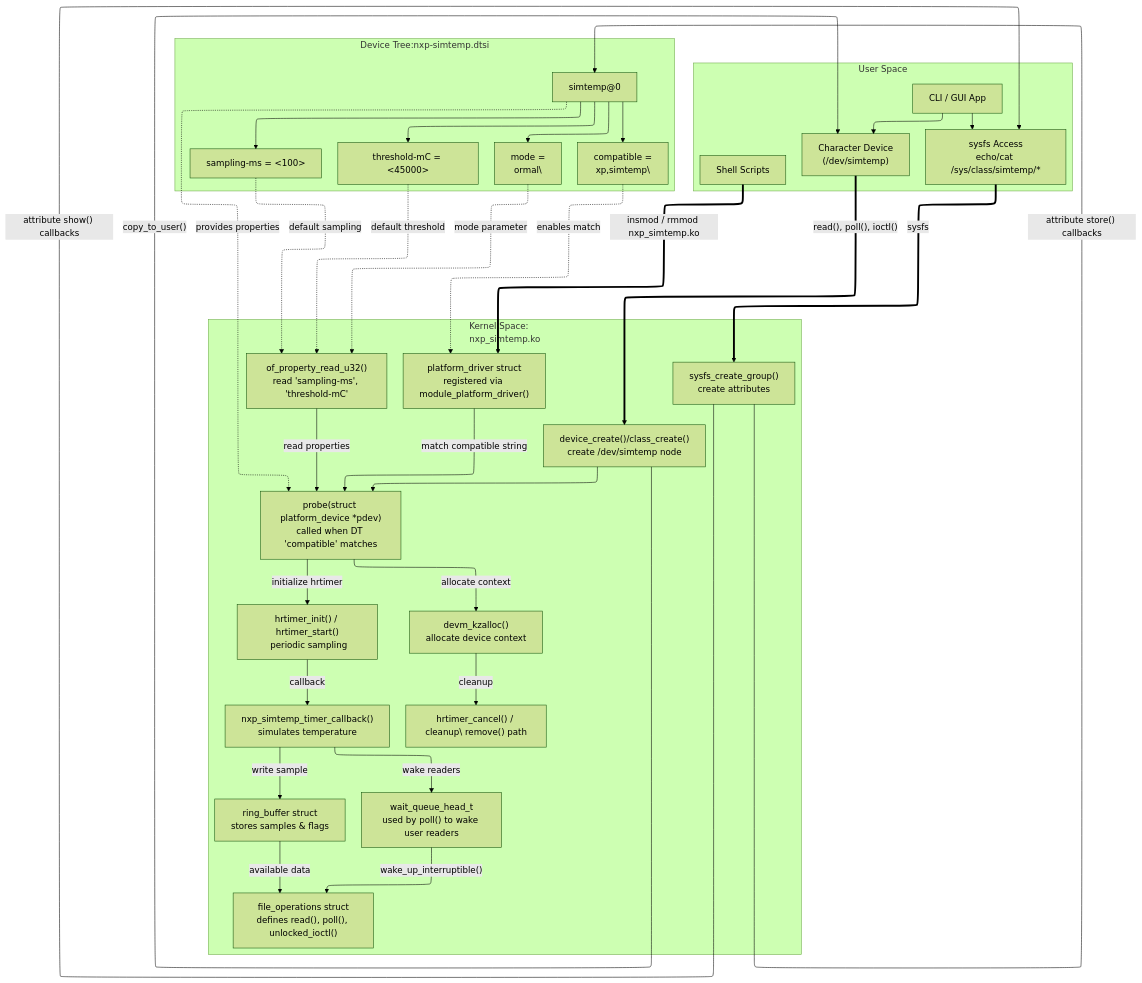
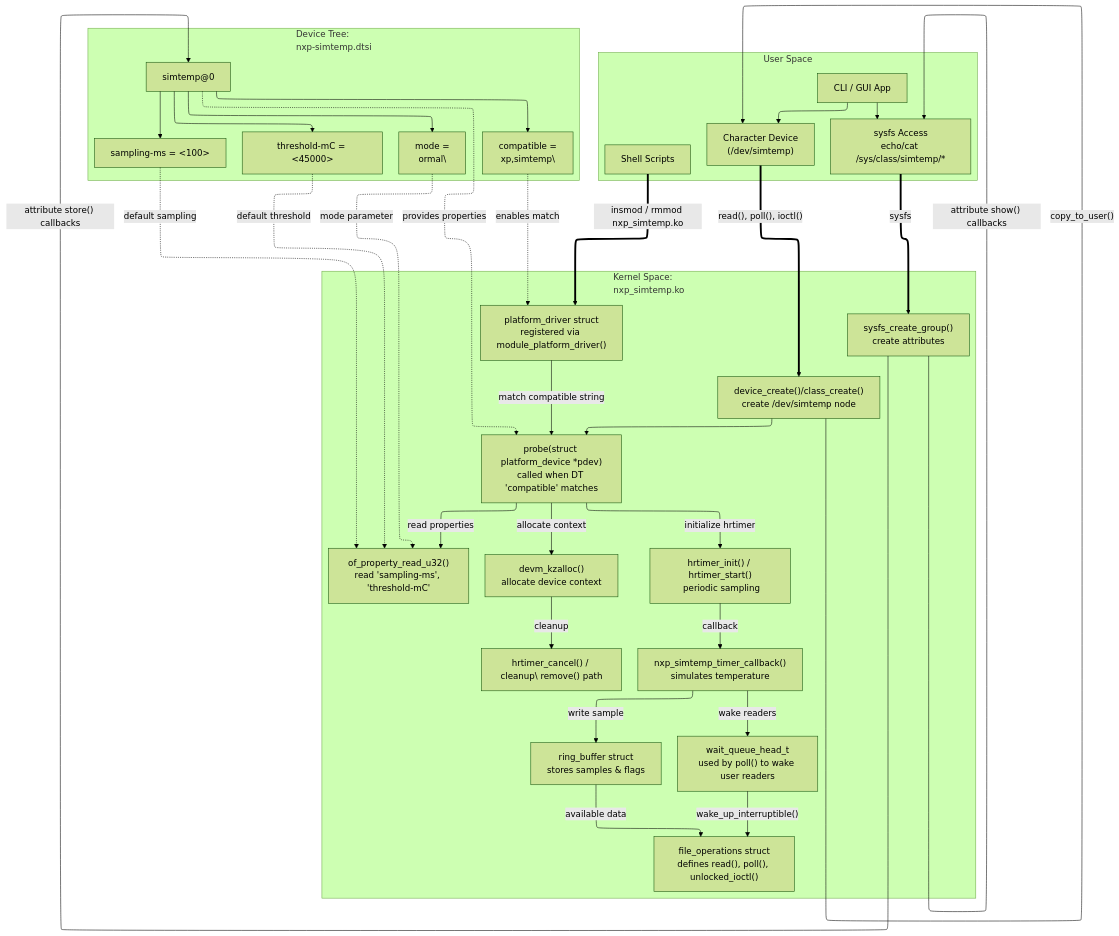
Before and after one commit to luishg0111/simtemp: the second of 2 diagrams in docs/DESIGN.md, drawn with Mermaid (forest theme).

Commit message:
Updated arch detailed design

````diff
--- a/docs/DESIGN.md
+++ b/docs/DESIGN.md
@@ -29,60 +29,60 @@
 ```mermaid
 ---
 config:
   layout: elk
 ---
 flowchart TB
  subgraph US["User Space"]
         U1["CLI / GUI App"]
         U2["Shell Scripts"]
         U3["sysfs Access<br>echo/cat /sys/class/simtemp/*"]
         U4["Character Device<br>(/dev/simtemp)<br>"]
   end
  subgraph KS["Kernel Space:<br>nxp_simtemp.ko"]
         K1["platform_driver struct<br>registered via module_platform_driver()"]
-        K2["probe(struct platform_device *pdev)<br>called when DT 'compatible' matches" ]
-        K3["of_property_read_u32()<br>read 'sampling-ms', 'threshold-mC'" ]
+        K2["probe(struct platform_device *pdev)<br>called when DT 'compatible' matches"]
+        K3["of_property_read_u32()<br>read 'sampling-ms', 'threshold-mC'"]
         K4["devm_kzalloc()<br>allocate device context"]
         K5["hrtimer_init() / hrtimer_start()\n periodic sampling"]
         K6["nxp_simtemp_timer_callback()<br>simulates temperature"]
         K7["ring_buffer struct<br>stores samples &amp; flags"]
         K8["wait_queue_head_t<br>used by poll() to wake user readers"]
         K9["sysfs_create_group() <br>create attributes"]
         K10["device_create()/class_create()<br>create /dev/simtemp node"]
         K11["file_operations struct<br>defines read(), poll(), unlocked_ioctl()"]
         K13["hrtimer_cancel() / cleanup\ remove() path"]
   end
- subgraph DT["Device Tree:nxp-simtemp.dtsi"]
+ subgraph DT["Device Tree:</br>nxp-simtemp.dtsi"]
         D1["simtemp@0"]
         D2["compatible = \nxp,simtemp\"]
         D3["sampling-ms = &lt;100&gt;"]
         D4["threshold-mC = &lt;45000&gt;"]
         D5["mode = \normal\"]
   end
     U1 --> U4 & U3
     U4 == "<span style=background-color:>read(), poll(), ioctl()</span>" ==> K10
     U3 == sysfs ==> K9
     U2 == "insmod / rmmod nxp_simtemp.ko" ==> K1
     K1 -- match compatible string --> K2
-    K3 -- read properties --> K2
+    K2 -- read properties --> K3
     K2 -- allocate context --> K4
     K2 -- initialize hrtimer --> K5
     K5 -- callback --> K6
     K6 -- write sample --> K7
     K6 -- wake readers --> K8
     K7 -- available data --> K11
     K8 -- wake_up_interruptible() --> K11
     K10 -- copy_to_user() --> U4
     K9 -- attribute store() callbacks --> D1
     K9 -- attribute show() callbacks --> U3
     K4 -- cleanup --> K13
     D1 -. provides properties .-> K2
     D2 -. enables match .-> K1
     D3 -. default sampling .-> K3
     D4 -. default threshold .-> K3
     D5 -. mode parameter .-> K3
     K10 --> K2
     D1 --> D2 & D3 & D4 & D5
     K2@{ shape: rect}
     K3@{ shape: rect}
 ```
````
